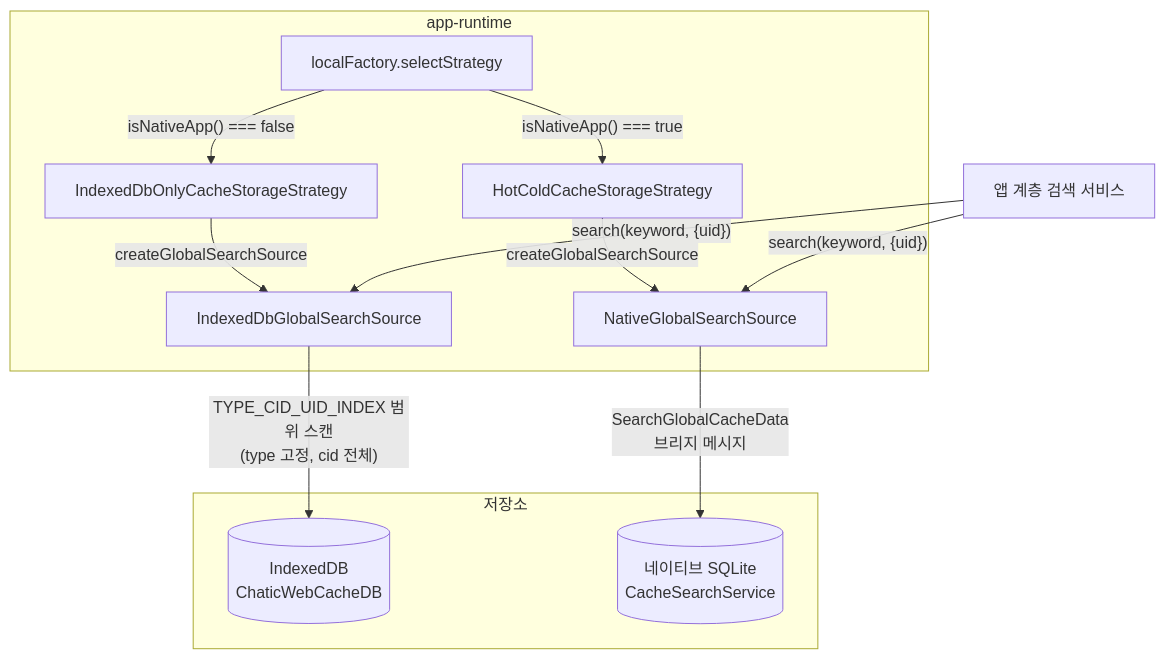
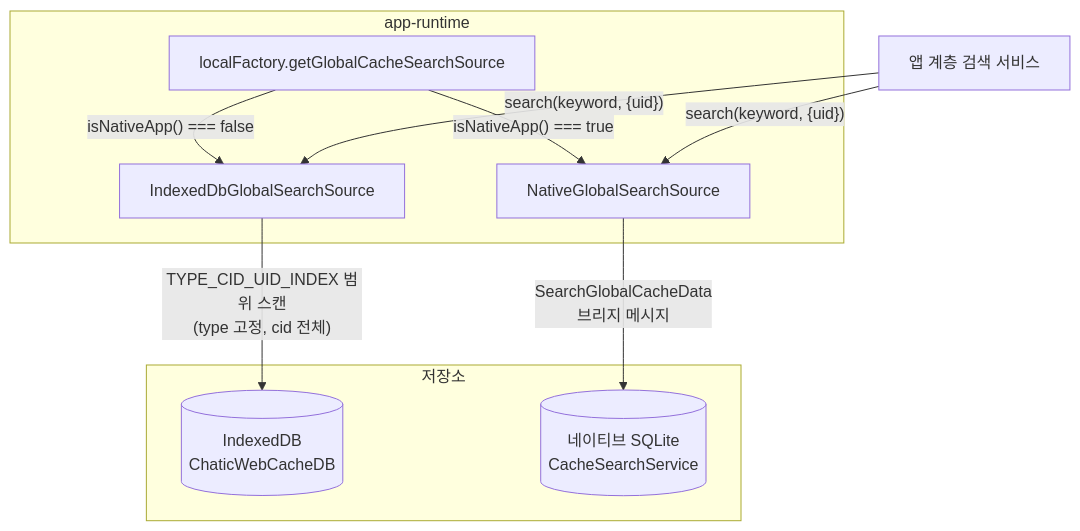
Before and after one commit to lemoncloud-io/dou-app: the first of 3 diagrams in docs/specs/cache/global-cache-search.md, drawn with Mermaid. The commit also changed other lines of this file and 29 other files, not shown here.

````diff
--- a/docs/specs/cache/global-cache-search.md
+++ b/docs/specs/cache/global-cache-search.md
@@ -112,15 +110,13 @@
 ```mermaid
 flowchart TD
     subgraph app-runtime
-        F[localFactory.selectStrategy] -->|"isNativeApp() === false"| S1[IndexedDbOnlyCacheStorageStrategy]
-        F -->|"isNativeApp() === true"| S2[HotColdCacheStorageStrategy]
-        S1 -->|createGlobalSearchSource| W[IndexedDbGlobalSearchSource]
-        S2 -->|createGlobalSearchSource| N[NativeGlobalSearchSource]
+        F[localFactory.getGlobalCacheSearchSource] -->|"isNativeApp() === false"| W[IndexedDbGlobalSearchSource]
+        F -->|"isNativeApp() === true"| N[NativeGlobalSearchSource]
     end
     subgraph 저장소
         W -->|"TYPE_CID_UID_INDEX 범위 스캔<br/>(type 고정, cid 전체)"| IDB[(IndexedDB<br/>ChaticWebCacheDB)]
         N -->|"SearchGlobalCacheData<br/>브리지 메시지"| SQL[(네이티브 SQLite<br/>CacheSearchService)]
     end
     U[앱 계층 검색 서비스] -->|"search(keyword, {uid})"| W
     U -->|"search(keyword, {uid})"| N
 ```
````
